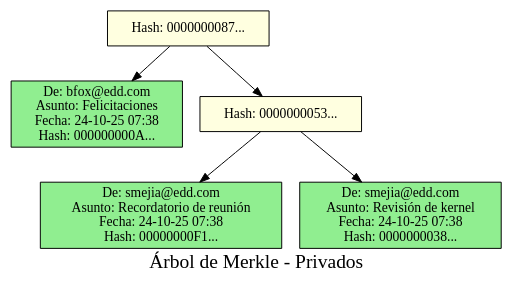
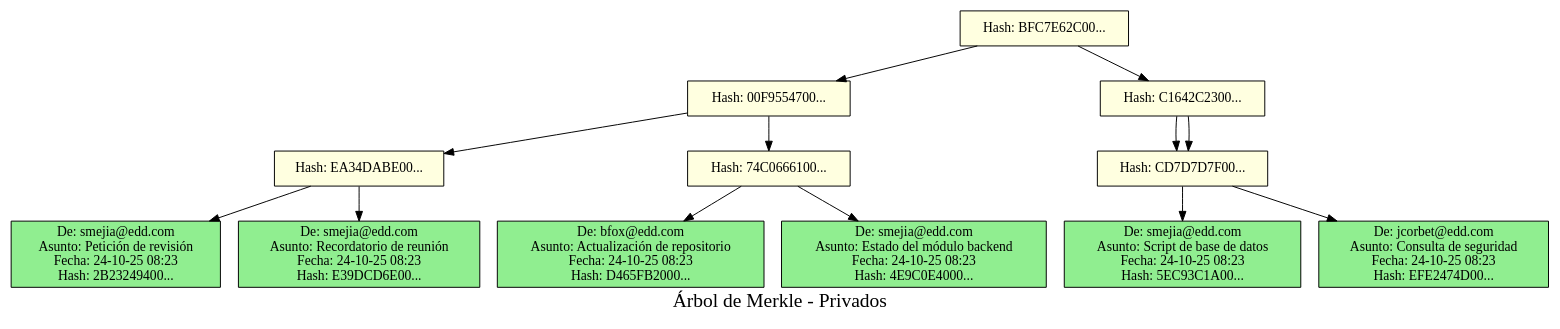
One commit to JoseArt777/-EDD-1S2025_202100305 changed the diagram in Fase1/src/lgarcia-Reportes/merkle_tree.dot. Above: the diagram before and after it, drawn with Graphviz. The commit also changed 8 other files, not shown here.

```diff
--- a/Fase1/src/lgarcia-Reportes/merkle_tree.dot
+++ b/Fase1/src/lgarcia-Reportes/merkle_tree.dot
@@ -1,16 +1,31 @@
 digraph MerkleTree {
     label="Árbol de Merkle - Privados";
     fontsize=20;
     node [shape=box, style=filled];
     rankdir=TB;
 
-    node0 [label="Hash: 0000000087...", fillcolor=lightyellow];
-    node1 [label="De: bfox@edd.com\nAsunto: Felicitaciones\nFecha: 24-10-25 07:38\nHash: 000000000A...", fillcolor=lightgreen];
+    node0 [label="Hash: BFC7E62C00...", fillcolor=lightyellow];
+    node1 [label="Hash: 00F9554700...", fillcolor=lightyellow];
+    node2 [label="Hash: EA34DABE00...", fillcolor=lightyellow];
+    node3 [label="De: smejia@edd.com\nAsunto: Petición de revisión\nFecha: 24-10-25 08:23\nHash: 2B23249400...", fillcolor=lightgreen];
+    node2 -> node3;
+    node4 [label="De: smejia@edd.com\nAsunto: Recordatorio de reunión\nFecha: 24-10-25 08:23\nHash: E39DCD6E00...", fillcolor=lightgreen];
+    node2 -> node4;
+    node1 -> node2;
+    node5 [label="Hash: 74C0666100...", fillcolor=lightyellow];
+    node6 [label="De: bfox@edd.com\nAsunto: Actualización de repositorio\nFecha: 24-10-25 08:23\nHash: D465FB2000...", fillcolor=lightgreen];
+    node5 -> node6;
+    node7 [label="De: smejia@edd.com\nAsunto: Estado del módulo backend\nFecha: 24-10-25 08:23\nHash: 4E9C0E4000...", fillcolor=lightgreen];
+    node5 -> node7;
+    node1 -> node5;
     node0 -> node1;
-    node2 [label="Hash: 0000000053...", fillcolor=lightyellow];
-    node3 [label="De: smejia@edd.com\nAsunto: Recordatorio de reunión\nFecha: 24-10-25 07:38\nHash: 00000000F1...", fillcolor=lightgreen];
-    node2 -> node3;
-    node4 [label="De: smejia@edd.com\nAsunto: Revisión de kernel\nFecha: 24-10-25 07:38\nHash: 0000000038...", fillcolor=lightgreen];
-    node2 -> node4;
-    node0 -> node2;
+    node8 [label="Hash: C1642C2300...", fillcolor=lightyellow];
+    node9 [label="Hash: CD7D7D7F00...", fillcolor=lightyellow];
+    node10 [label="De: smejia@edd.com\nAsunto: Script de base de datos\nFecha: 24-10-25 08:23\nHash: 5EC93C1A00...", fillcolor=lightgreen];
+    node9 -> node10;
+    node11 [label="De: jcorbet@edd.com\nAsunto: Consulta de seguridad\nFecha: 24-10-25 08:23\nHash: EFE2474D00...", fillcolor=lightgreen];
+    node9 -> node11;
+    node8 -> node9;
+    node8 -> node9;
+    node0 -> node8;
 }
```
